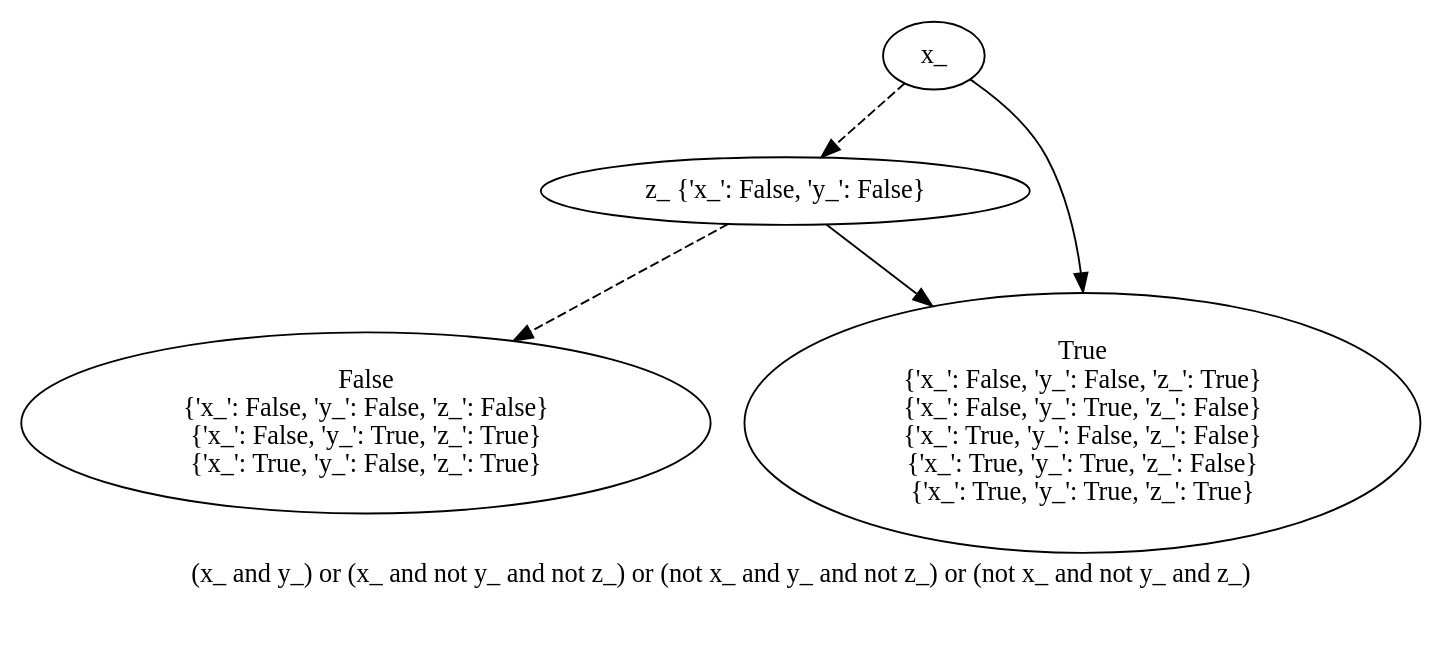
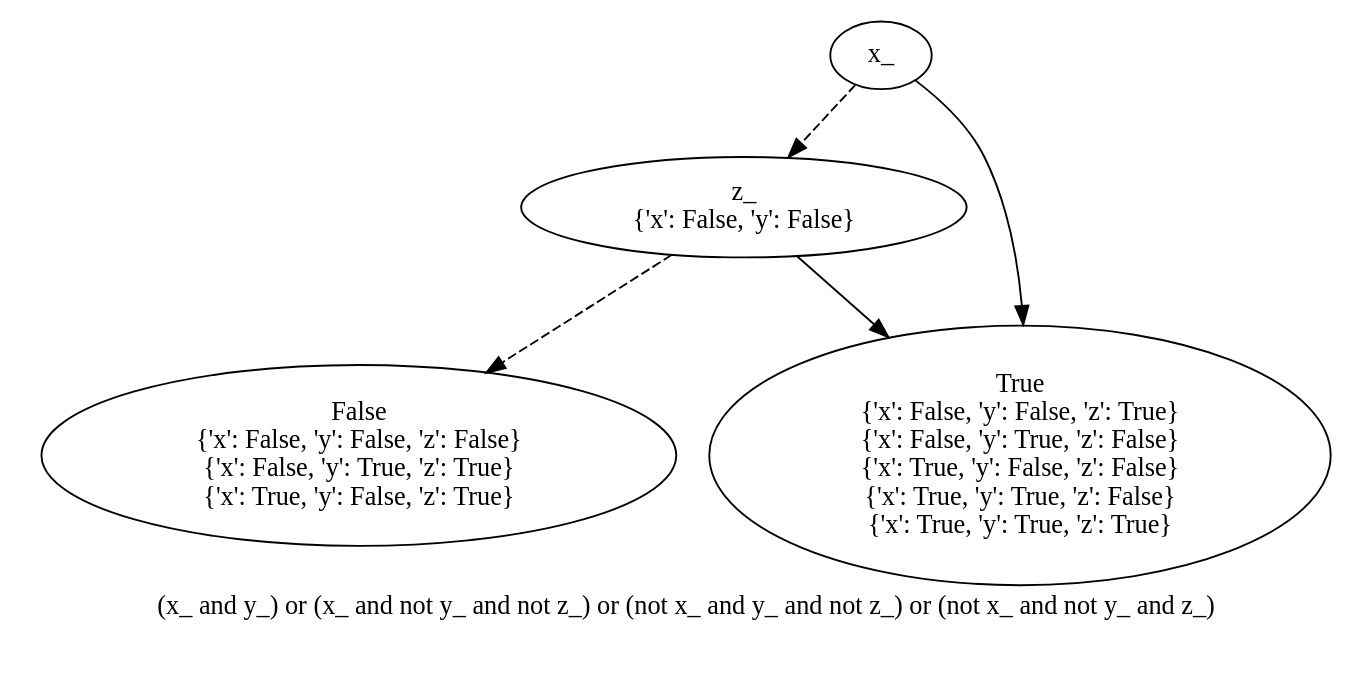
Before and after one commit to O1ez/IncreasingResilienceOfAutomatedVehicles: the diagram in out/end_1_bdd_f_replaced.dot, drawn with Graphviz. The commit also changed 20 other files, not shown here.

```diff
--- a/out/end_1_bdd_f_replaced.dot
+++ b/out/end_1_bdd_f_replaced.dot
@@ -1,24 +1,25 @@
 digraph{
 label="(x_ and y_) or (x_ and not y_ and not z_) or (not x_ and y_ and not z_) or (not x_ and not y_ and z_)\n\n"
-1889826360400[label=x_]1889826360656[label="z_ {'x_': False, 'y_': False}"]
-1889826360400 -> 1889826360656[style=dashed]
-1889826362320[label="False
-{'x_': False, 'y_': False, 'z_': False}
-{'x_': False, 'y_': True, 'z_': True}
-{'x_': True, 'y_': False, 'z_': True}"]
-1889826360656 -> 1889826362320[style=dashed]
-1889826362576[label="True
-{'x_': False, 'y_': False, 'z_': True}
-{'x_': False, 'y_': True, 'z_': False}
-{'x_': True, 'y_': False, 'z_': False}
-{'x_': True, 'y_': True, 'z_': False}
-{'x_': True, 'y_': True, 'z_': True}"]
-1889826360656 -> 1889826362576
-1889826362576[label="True
-{'x_': False, 'y_': False, 'z_': True}
-{'x_': False, 'y_': True, 'z_': False}
-{'x_': True, 'y_': False, 'z_': False}
-{'x_': True, 'y_': True, 'z_': False}
-{'x_': True, 'y_': True, 'z_': True}"]
-1889826360400 -> 1889826362576
+2996655530672[label=x_]2996655537552[label="z_
+{'x': False, 'y': False}"]
+2996655530672 -> 2996655537552[style=dashed label="" fontcolor = gray]
+2996655531472[label="False
+{'x': False, 'y': False, 'z': False}
+{'x': False, 'y': True, 'z': True}
+{'x': True, 'y': False, 'z': True}"]
+2996655537552 -> 2996655531472[style=dashed label="" fontcolor = gray]
+2996655531632[label="True
+{'x': False, 'y': False, 'z': True}
+{'x': False, 'y': True, 'z': False}
+{'x': True, 'y': False, 'z': False}
+{'x': True, 'y': True, 'z': False}
+{'x': True, 'y': True, 'z': True}"]
+2996655537552 -> 2996655531632 [label="" fontcolor = gray]
+2996655531632[label="True
+{'x': False, 'y': False, 'z': True}
+{'x': False, 'y': True, 'z': False}
+{'x': True, 'y': False, 'z': False}
+{'x': True, 'y': True, 'z': False}
+{'x': True, 'y': True, 'z': True}"]
+2996655530672 -> 2996655531632 [label="" fontcolor = gray]
 }
```
